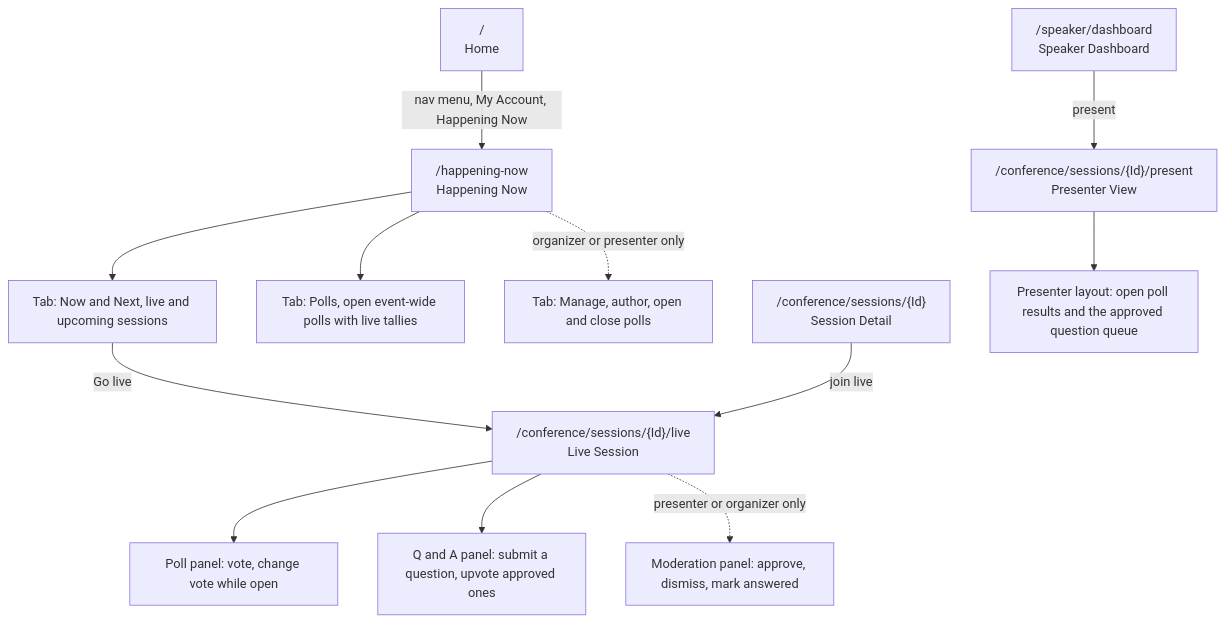
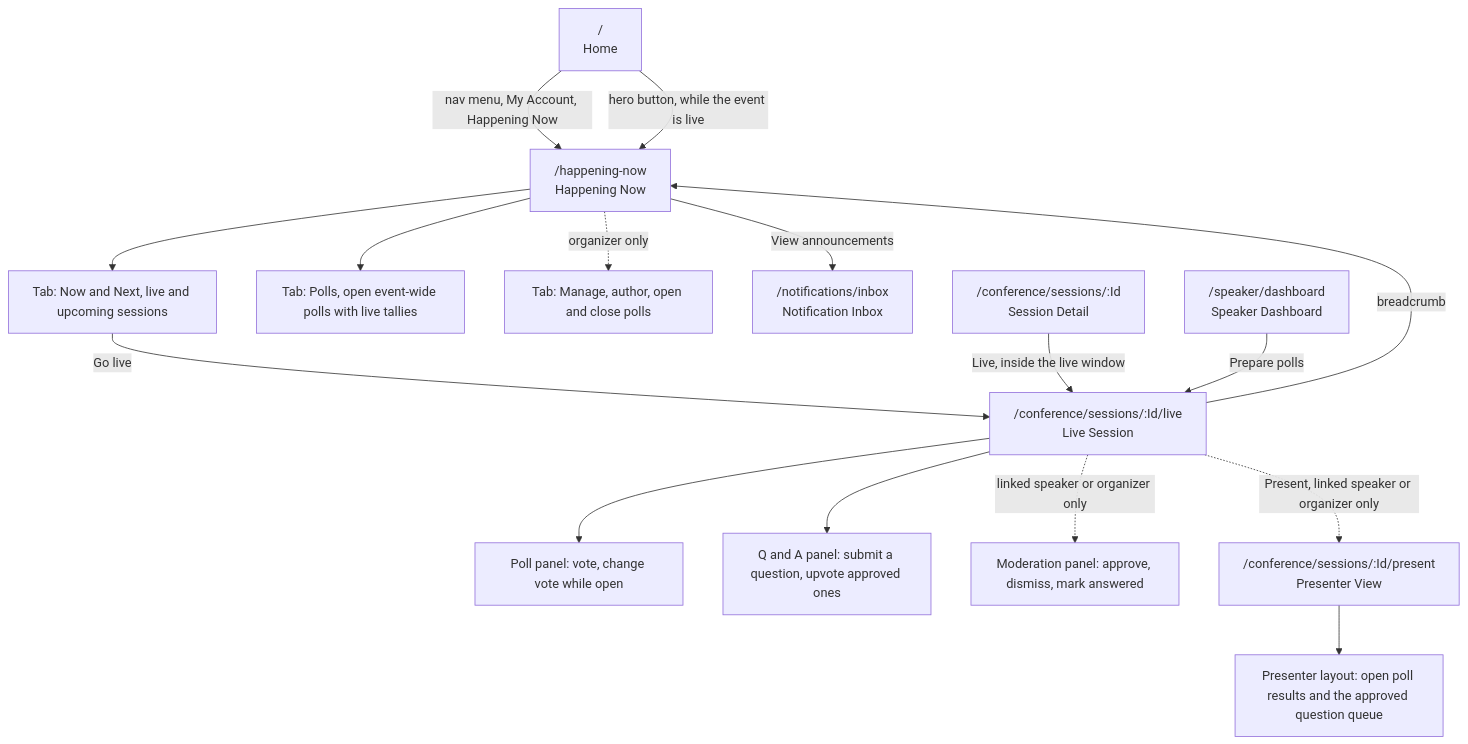
The tenth of 14 diagrams in docs-src/guides/adc-NavigationFlow.md (ivanball/ivanball.github.io), drawn with Mermaid before and after one commit. The commit also changed other lines of this file and 9 other files, not shown here.

````diff
--- a/docs-src/guides/adc-NavigationFlow.md
+++ b/docs-src/guides/adc-NavigationFlow.md
@@ -544,18 +588,22 @@
 ```mermaid
 flowchart TD
     Home["/<br/>Home"] -->|nav menu, My Account, Happening Now| HN["/happening-now<br/>Happening Now"]
+    Home -->|hero button, while the event is live| HN
 
     HN --> NowNext["Tab: Now and Next, live and upcoming sessions"]
     HN --> Polls["Tab: Polls, open event-wide polls with live tallies"]
-    HN -.->|organizer or presenter only| Manage["Tab: Manage, author, open and close polls"]
+    HN -.->|organizer only| Manage["Tab: Manage, author, open and close polls"]
+    HN -->|View announcements| Inbox["/notifications/inbox<br/>Notification Inbox"]
 
-    NowNext -->|Go live| Live["/conference/sessions/{Id}/live<br/>Live Session"]
-    SessionDetail2["/conference/sessions/{Id}<br/>Session Detail"] -->|join live| Live
+    NowNext -->|Go live| Live["/conference/sessions/:Id/live<br/>Live Session"]
+    SessionDetail2["/conference/sessions/:Id<br/>Session Detail"] -->|Live, inside the live window| Live
+    Live -->|breadcrumb| HN
 
     Live --> LivePolls["Poll panel: vote, change vote while open"]
     Live --> LiveQA["Q and A panel: submit a question, upvote approved ones"]
-    Live -.->|presenter or organizer only| Moderate["Moderation panel: approve, dismiss, mark answered"]
+    Live -.->|linked speaker or organizer only| Moderate["Moderation panel: approve, dismiss, mark answered"]
 
-    Dash2["/speaker/dashboard<br/>Speaker Dashboard"] -->|present| Present["/conference/sessions/{Id}/present<br/>Presenter View"]
+    Dash2["/speaker/dashboard<br/>Speaker Dashboard"] -->|Prepare polls| Live
+    Live -.->|Present, linked speaker or organizer only| Present["/conference/sessions/:Id/present<br/>Presenter View"]
     Present --> PresentPolls["Presenter layout: open poll results and the approved question queue"]
 ```
````
